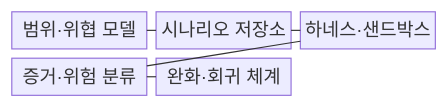
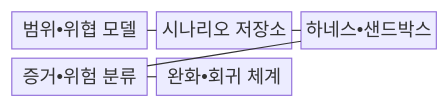
Before and after one commit to agnusdei1207/knowledge-base: the first of 2 diagrams in src/content/docs/notes/05-security/089_ai_red_teaming.md, drawn with Mermaid. The commit also changed other lines of this file and 953 other files, not shown here.

````diff
--- a/src/content/docs/notes/05-security/089_ai_red_teaming.md
+++ b/src/content/docs/notes/05-security/089_ai_red_teaming.md
@@ -63,13 +63,13 @@
 ```mermaid
 block-beta
   columns 3
-  A["범위·위협 모델"]
+  A["범위•위협 모델"]
   B["시나리오 저장소"]
-  C["하네스·샌드박스"]
-  D["증거·위험 분류"]
-  E["완화·회귀 체계"]
+  C["하네스•샌드박스"]
+  D["증거•위험 분류"]
+  E["완화•회귀 체계"]
   A --- B
   B --- C
   C --- D
   D --- E
 ```
````
